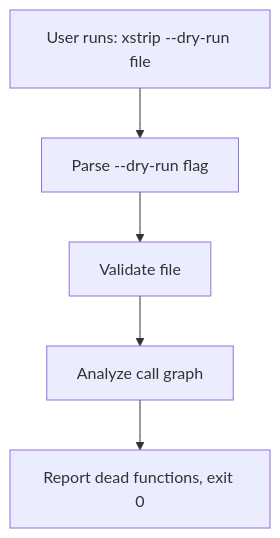
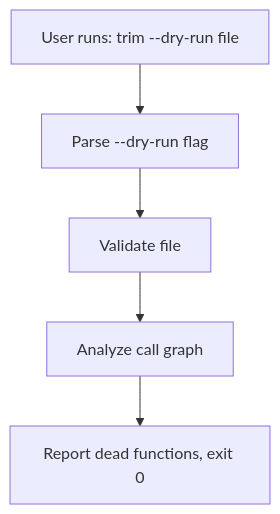
Before and after one commit to ratushnyi-labs/trim: the third of 4 diagrams in docs/spec.md, drawn with Mermaid. The commit also changed other lines of this file and 112 other files, not shown here.

````diff
--- a/docs/spec.md
+++ b/docs/spec.md
@@ -185,7 +194,7 @@
 ```mermaid
 flowchart TD
-  A[User runs: xstrip --dry-run file] --> B[Parse --dry-run flag]
+  A[User runs: trim --dry-run file] --> B[Parse --dry-run flag]
   B --> C[Validate file]
   C --> D[Analyze call graph]
   D --> E["Report dead functions, exit 0"]
 ```
````
